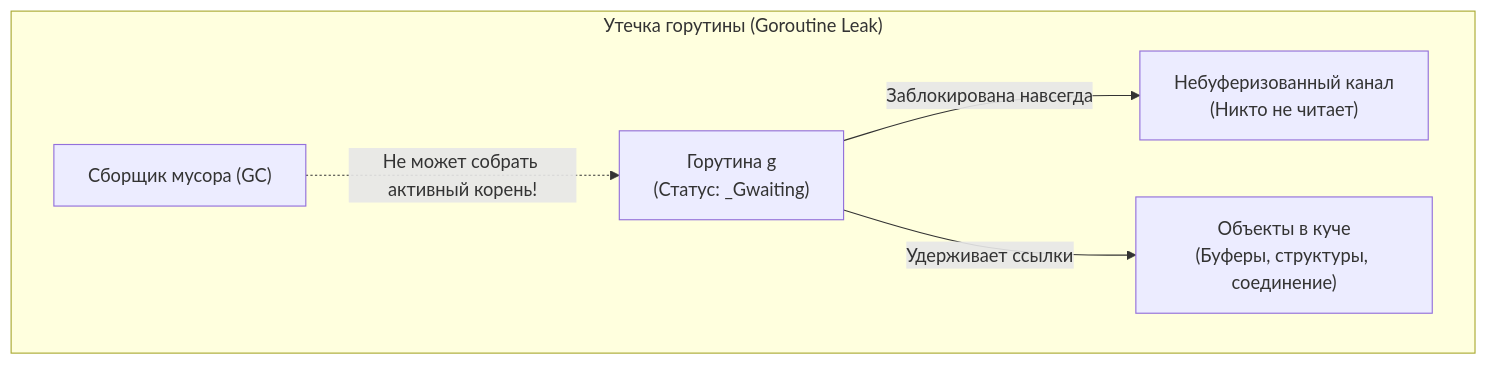
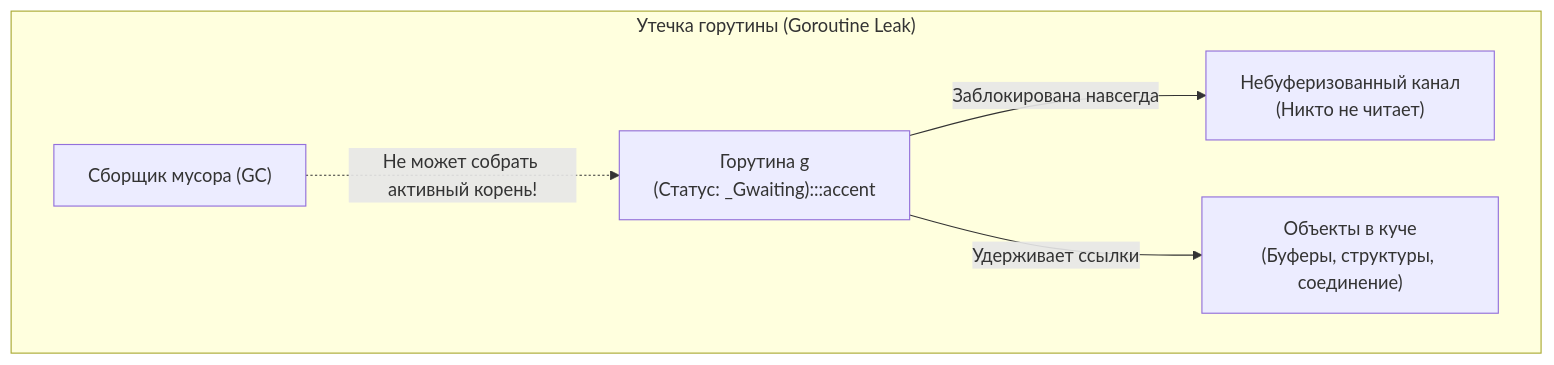
Before and after one commit to UnrealTemplier/go-textbook: the third of 3 diagrams in sources/5. Учебник по Go (Основы и синтаксис)/34. Горутины. Легковесная конкурентность в Go.md, drawn with Mermaid. The commit also changed other lines of this file and 1666 other files, not shown here.

First line of the commit message:
feat(mermaid): add semantic color classDef to 1369 colorless flowchart/graph diagrams

````diff
--- a/sources/5. Учебник по Go (Основы и синтаксис)/34. Горутины. Легковесная конкурентность в Go.md
+++ b/sources/5. Учебник по Go (Основы и синтаксис)/34. Горутины. Легковесная конкурентность в Go.md
@@ -133,8 +153,18 @@
 ```mermaid
 flowchart TD
+    classDef process  fill:#1e293b,stroke:#38bdf8,stroke-width:1px,color:#f8fafc
+    classDef success  fill:#064e3b,stroke:#34d399,stroke-width:1px,color:#f8fafc
+    classDef error    fill:#7f1d1d,stroke:#f87171,stroke-width:1px,color:#f8fafc
+    classDef warning  fill:#78350f,stroke:#fbbf24,stroke-width:1px,color:#f8fafc
+    classDef entry    fill:#1e3a5f,stroke:#38bdf8,stroke-width:2px,color:#f8fafc
+    classDef aux      fill:#334155,stroke:#64748b,stroke-width:1px,color:#f8fafc
+    classDef system   fill:#312e81,stroke:#a78bfa,stroke-width:1px,color:#f8fafc
+    classDef data     fill:#132d29,stroke:#2dd4bf,stroke-width:1px,color:#f8fafc
+    classDef network  fill:#881337,stroke:#fb7185,stroke-width:1px,color:#f8fafc
+    classDef accent   fill:#1e1b4b,stroke:#818cf8,stroke-width:1px,color:#f8fafc
     subgraph Leak["Утечка горутины (Goroutine Leak)"]
-        G["Горутина g<br>(Статус: _Gwaiting)"] -->|"Заблокирована навсегда"| Ch["Небуферизованный канал<br>(Никто не читает)"]
+        G["Горутина g<br>(Статус: _Gwaiting):::accent"] -->|"Заблокирована навсегда"| Ch["Небуферизованный канал<br>(Никто не читает)"]
         GC["Сборщик мусора (GC)"] -.->|"Не может собрать активный корень!"| G
         G -->|"Удерживает ссылки"| Obj["Объекты в куче<br>(Буферы, структуры, соединение)"]
     end
 ```
````
